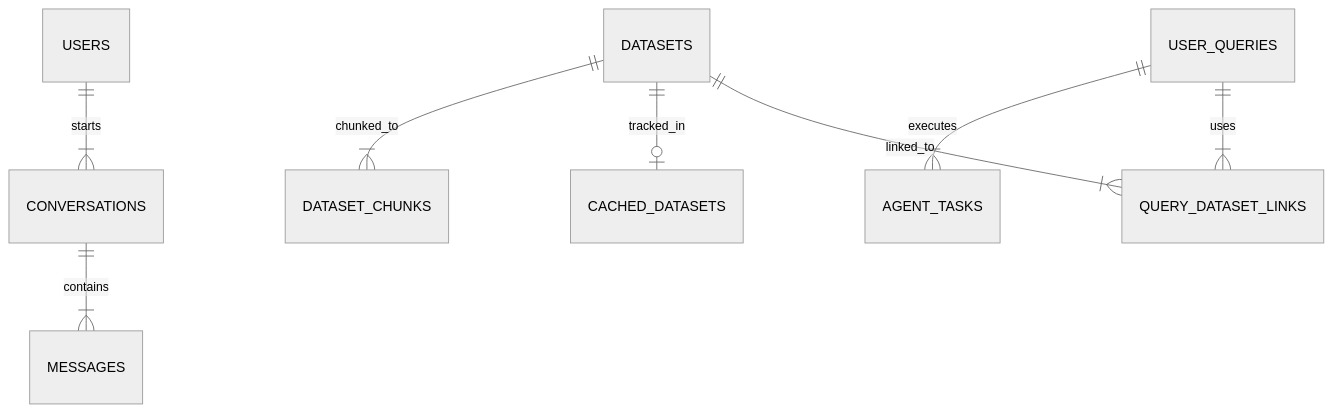
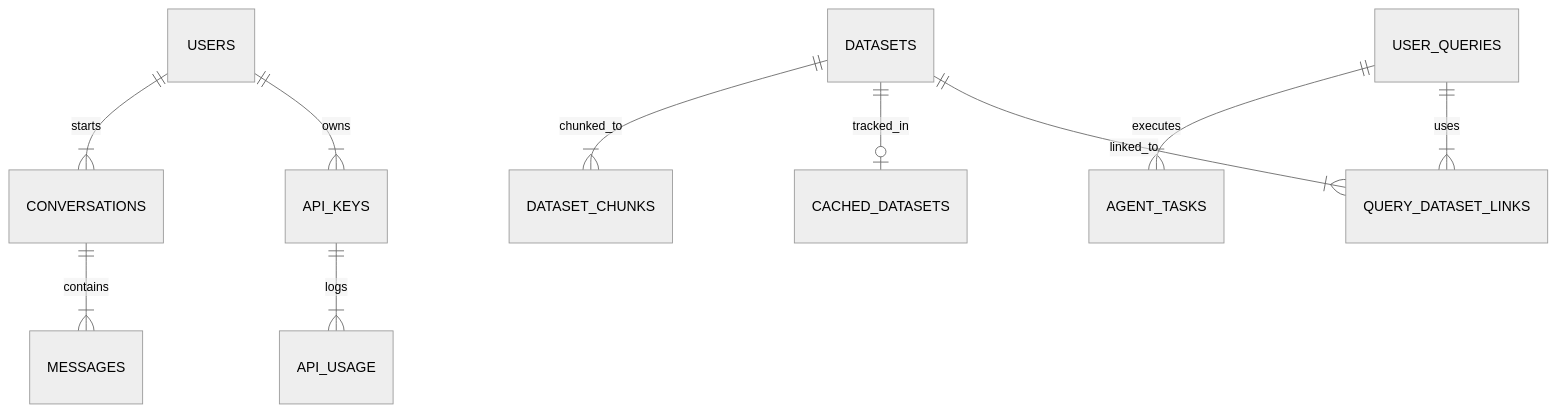
The fifth of 5 diagrams in docs/diagrams.md (colossus-lab/openarg_backend), drawn with Mermaid (neutral theme) before and after one commit. The commit also changed other lines of this file and 14 other files, not shown here.

````diff
--- a/docs/diagrams.md
+++ b/docs/diagrams.md
@@ -176,12 +184,14 @@
 ```mermaid
 erDiagram
     USERS ||--|{ CONVERSATIONS : "starts"
     CONVERSATIONS ||--|{ MESSAGES : "contains"
+    USERS ||--|{ API_KEYS : "owns"
+    API_KEYS ||--|{ API_USAGE : "logs"
     
     DATASETS ||--|{ DATASET_CHUNKS : "chunked_to"
     DATASETS ||--o| CACHED_DATASETS : "tracked_in"
     
     USER_QUERIES ||--|{ AGENT_TASKS : "executes"
     USER_QUERIES ||--|{ QUERY_DATASET_LINKS : "uses"
     DATASETS ||--|{ QUERY_DATASET_LINKS : "linked_to"
 ```
````
